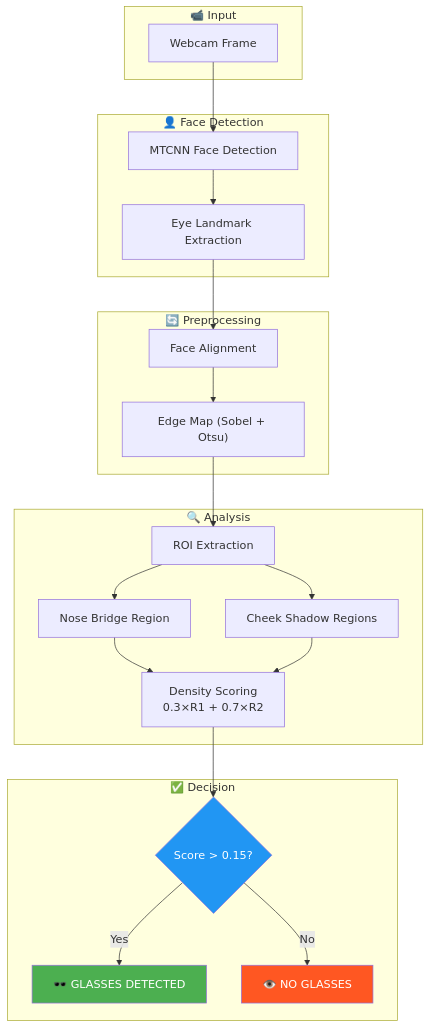
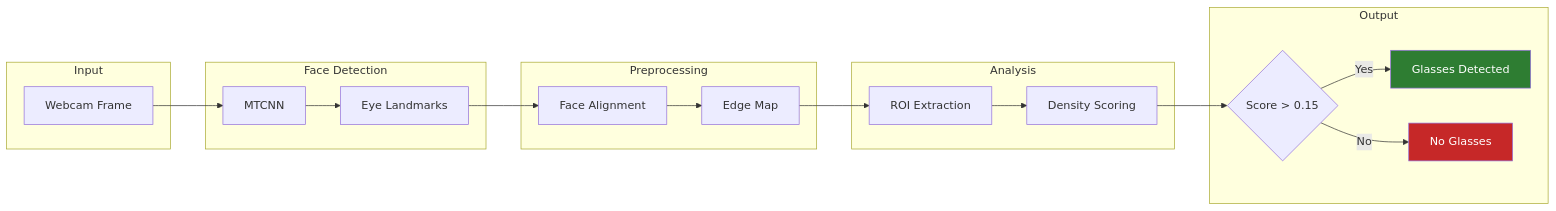
The diagram in README.md (siddharth-narigra/realtime-glass-detection), drawn with Mermaid before and after one commit.

````diff
--- a/README.md
+++ b/README.md
@@ -18,46 +18,34 @@
 ```mermaid
-flowchart TD
-    subgraph INPUT ["📹 Input"]
+flowchart LR
+    subgraph Input
         A[Webcam Frame]
     end
 
-    subgraph FACE_DETECTION ["👤 Face Detection"]
-        B[MTCNN Face Detection]
-        C[Eye Landmark Extraction]
+    subgraph FaceDetection [Face Detection]
+        B[MTCNN]
+        C[Eye Landmarks]
     end
 
-    subgraph PREPROCESSING ["🔄 Preprocessing"]
+    subgraph Preprocessing
         D[Face Alignment]
-        E["Edge Map (Sobel + Otsu)"]
+        E[Edge Map]
     end
 
-    subgraph ANALYSIS ["🔍 Analysis"]
+    subgraph Analysis
         F[ROI Extraction]
-        G[Nose Bridge Region]
-        H[Cheek Shadow Regions]
-        I["Density Scoring<br/>0.3×R1 + 0.7×R2"]
+        G[Density Scoring]
     end
 
-    subgraph DECISION ["✅ Decision"]
-        J{"Score > 0.15?"}
-        K[🕶️ GLASSES DETECTED]
-        L[👁️ NO GLASSES]
+    subgraph Output
+        H{Score > 0.15}
+        I[Glasses Detected]
+        J[No Glasses]
     end
 
-    A --> B
-    B --> C
-    C --> D
-    D --> E
-    E --> F
-    F --> G
-    F --> H
-    G --> I
-    H --> I
-    I --> J
-    J -->|Yes| K
-    J -->|No| L
+    A --> B --> C --> D --> E --> F --> G --> H
+    H -->|Yes| I
+    H -->|No| J
 
-    style K fill:#4CAF50,color:#fff
-    style L fill:#FF5722,color:#fff
-    style J fill:#2196F3,color:#fff
+    style I fill:#2e7d32,color:#fff
+    style J fill:#c62828,color:#fff
 ```
````
